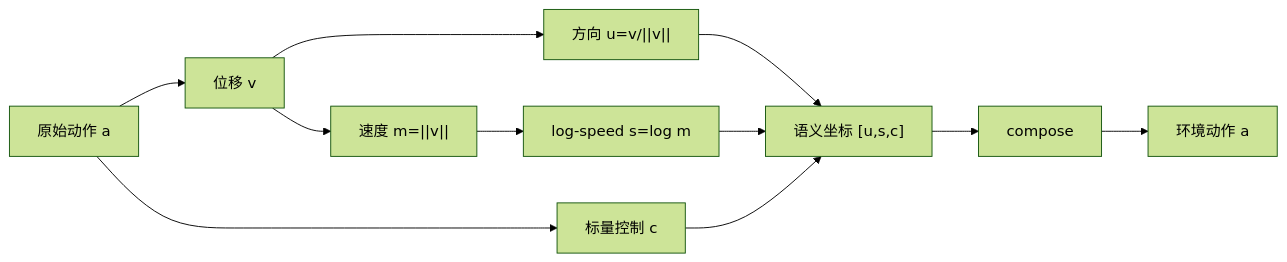
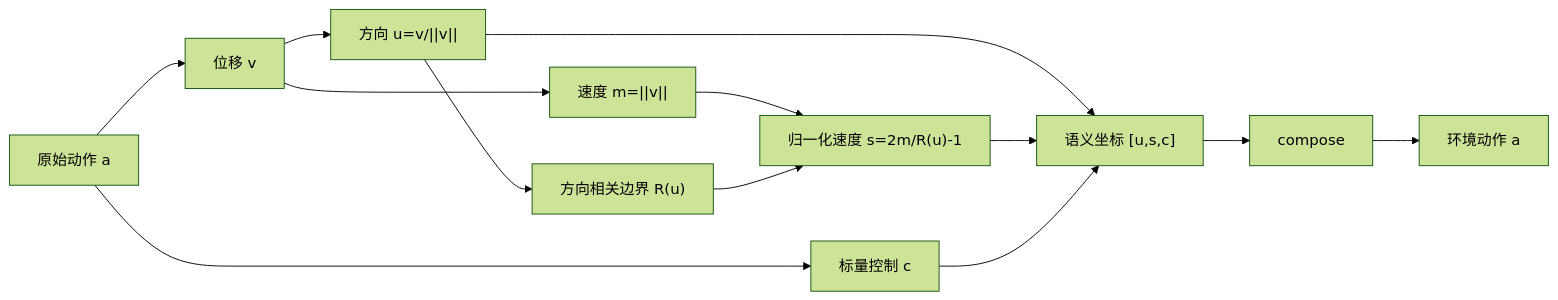
The fourth of 6 diagrams in docs/approach.md (SZUEAILab/Q-chunking), drawn with Mermaid (forest theme) before and after one commit. The commit also changed other lines of this file and 7 other files, not shown here.

````diff
--- a/docs/approach.md
+++ b/docs/approach.md
@@ -362,13 +380,15 @@
 ```mermaid
 flowchart LR
     RAW["原始动作 a"] --> V["位移 v"]
     RAW --> C["标量控制 c"]
     V --> U["方向 u=v/||v||"]
     V --> M["速度 m=||v||"]
-    M --> S["log-speed s=log m"]
+    U --> R["方向相关边界 R(u)"]
+    M --> S["归一化速度 s=2m/R(u)-1"]
+    R --> S
     U --> Z["语义坐标 [u,s,c]"]
     S --> Z
     C --> Z
     Z --> COMP["compose"]
     COMP --> A["环境动作 a"]
 ```
````
